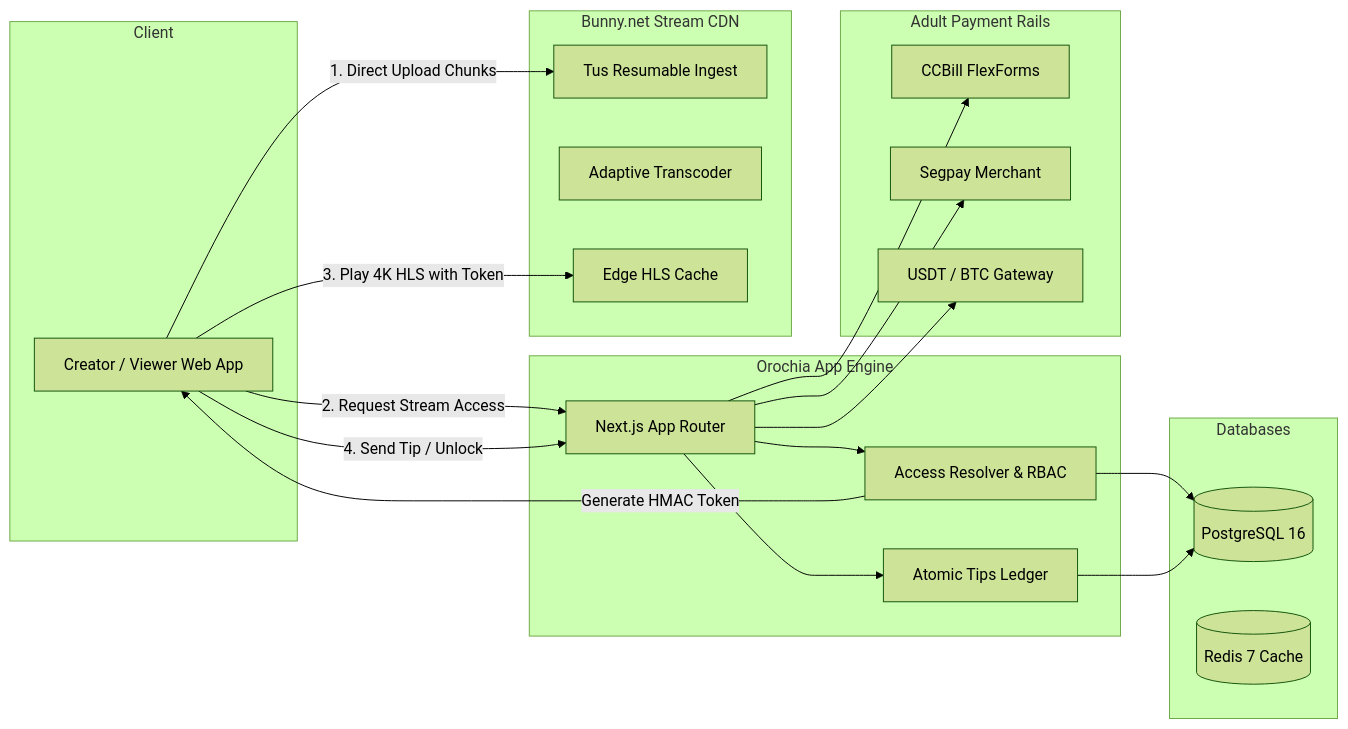
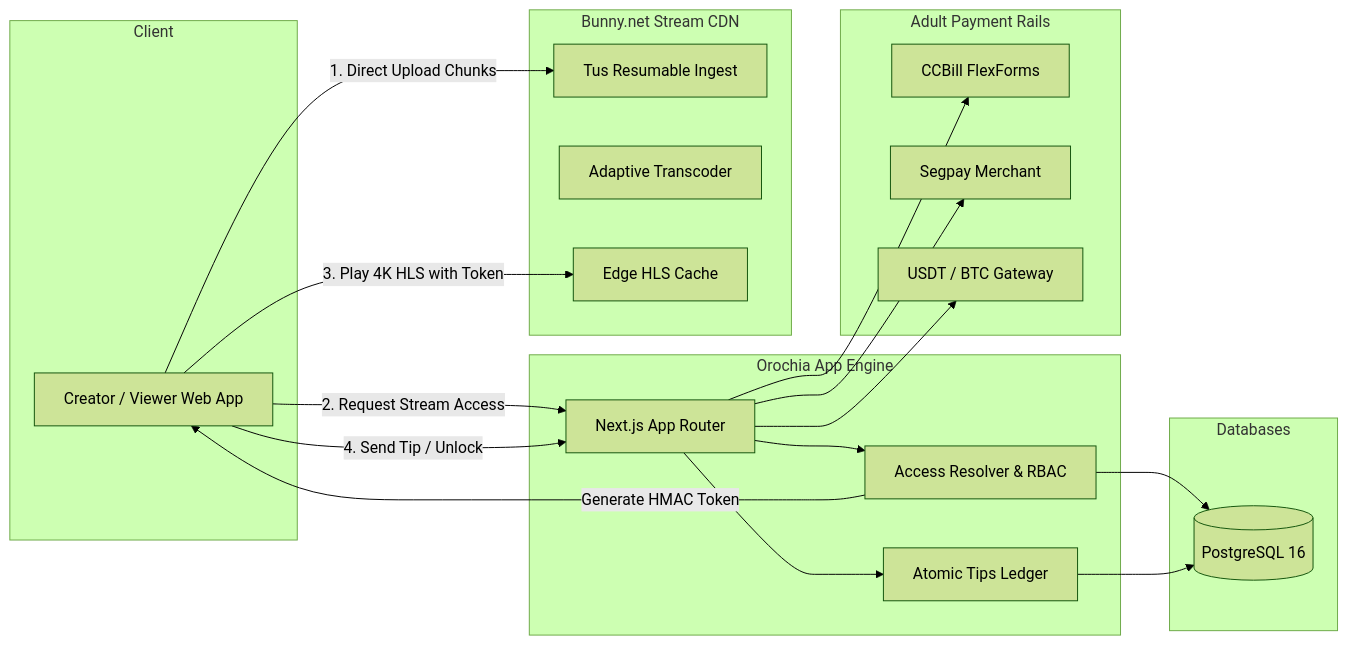
Before and after one commit to krizaka/orochia: the diagram in README.md, drawn with Mermaid (forest theme). The commit also changed other lines of this file and 31 other files, not shown here.

````diff
--- a/README.md
+++ b/README.md
@@ -45,41 +45,40 @@
 ```mermaid
 flowchart LR
     subgraph Client
         Browser[Creator / Viewer Web App]
     end
 
     subgraph Core [Orochia App Engine]
         NextServer[Next.js App Router]
         AccessCtrl[Access Resolver & RBAC]
         Ledger[Atomic Tips Ledger]
     end
 
     subgraph Storage [Databases]
         PostgreSQL[(PostgreSQL 16)]
-        Redis[(Redis 7 Cache)]
     end
 
     subgraph CDN [Bunny.net Stream CDN]
         Tus[Tus Resumable Ingest]
         Transcode[Adaptive Transcoder]
         HLS[Edge HLS Cache]
     end
 
     subgraph Payments [Adult Payment Rails]
         CCBill[CCBill FlexForms]
         Segpay[Segpay Merchant]
         Crypto[USDT / BTC Gateway]
     end
 
     Browser -->|1. Direct Upload Chunks| Tus
     Browser -->|2. Request Stream Access| NextServer
     NextServer --> AccessCtrl
     AccessCtrl --> PostgreSQL
     AccessCtrl -->|Generate HMAC Token| Browser
     Browser -->|3. Play 4K HLS with Token| HLS
 
     Browser -->|4. Send Tip / Unlock| NextServer
     NextServer --> CCBill & Segpay & Crypto
     NextServer --> Ledger
     Ledger --> PostgreSQL
 ```
````
